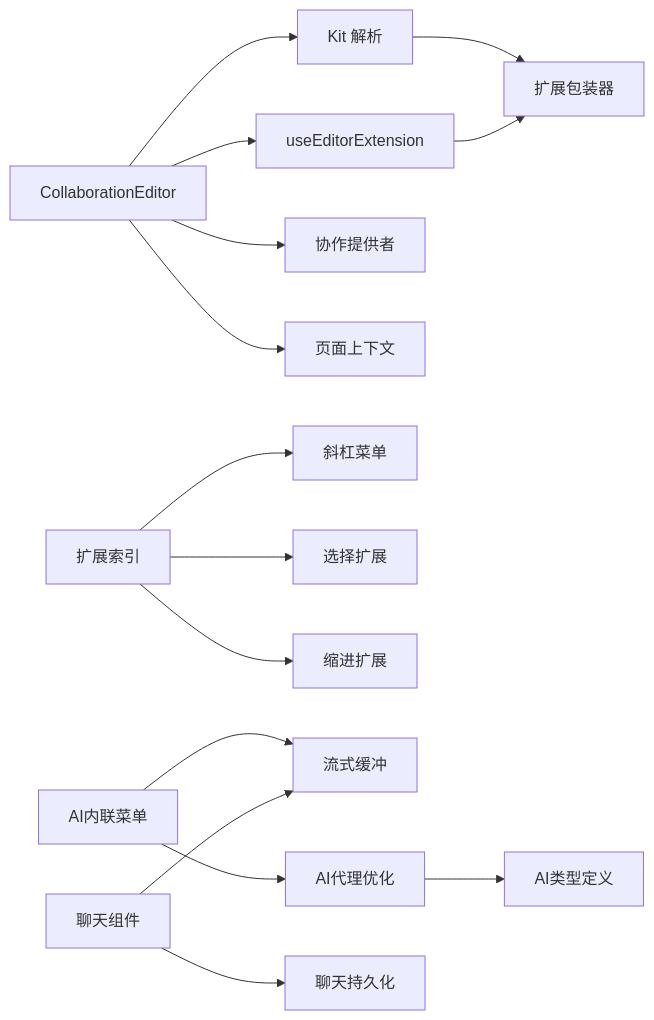
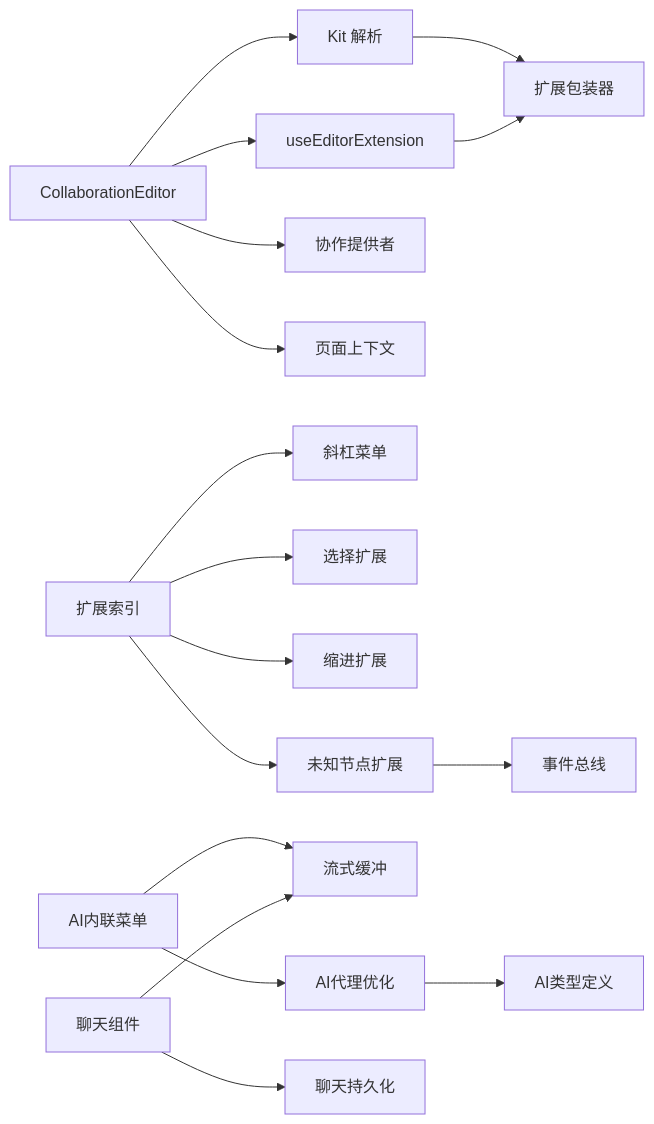
One commit to LRF0422/Kotion changed diagram 12 of 12 in .qoder/repowiki/zh/content/架构设计/编辑器内核架构/编辑器内核架构.md. Above: the diagram before and after it, drawn with Mermaid. The commit also changed other lines of this file and 23 other files, not shown here.

````diff
--- a/.qoder/repowiki/zh/content/架构设计/编辑器内核架构/编辑器内核架构.md
+++ b/.qoder/repowiki/zh/content/架构设计/编辑器内核架构/编辑器内核架构.md
@@ -628,17 +699,19 @@
 ```mermaid
 graph LR
 KIT["Kit 解析"] --> EXTWRAP["扩展包装器"]
 USEEXT["useEditorExtension"] --> EXTWRAP
 COLLAB["CollaborationEditor"] --> KIT
 COLLAB --> USEEXT
 COLLAB --> PROVIDER["协作提供者"]
 COLLAB --> CTX["页面上下文"]
 EXTIDX["扩展索引"] --> SLASH["斜杠菜单"]
 EXTIDX --> SELECTION["选择扩展"]
 EXTIDX --> IDENT["缩进扩展"]
+EXTIDX --> UNKNOWNE["未知节点扩展"]
 AIINLINE["AI内联菜单"] --> STREAMBUF["流式缓冲"]
 AIINLINE --> AGENTOPT["AI代理优化"]
+UNKNOWNE --> EVENT["事件总线"]
 CHATCOMP["聊天组件"] --> CHATPERSIST["聊天持久化"]
 CHATCOMP --> STREAMBUF
 AGENTOPT --> TYPES["AI类型定义"]
 ```
````
